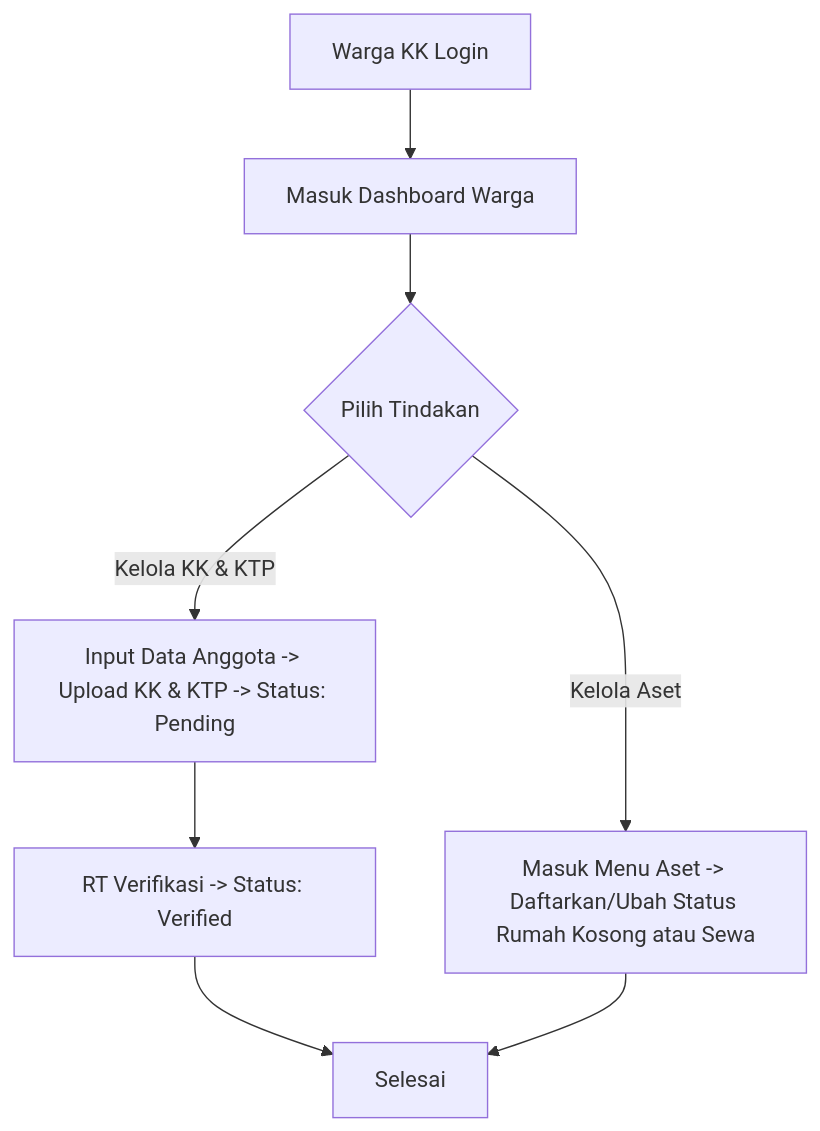
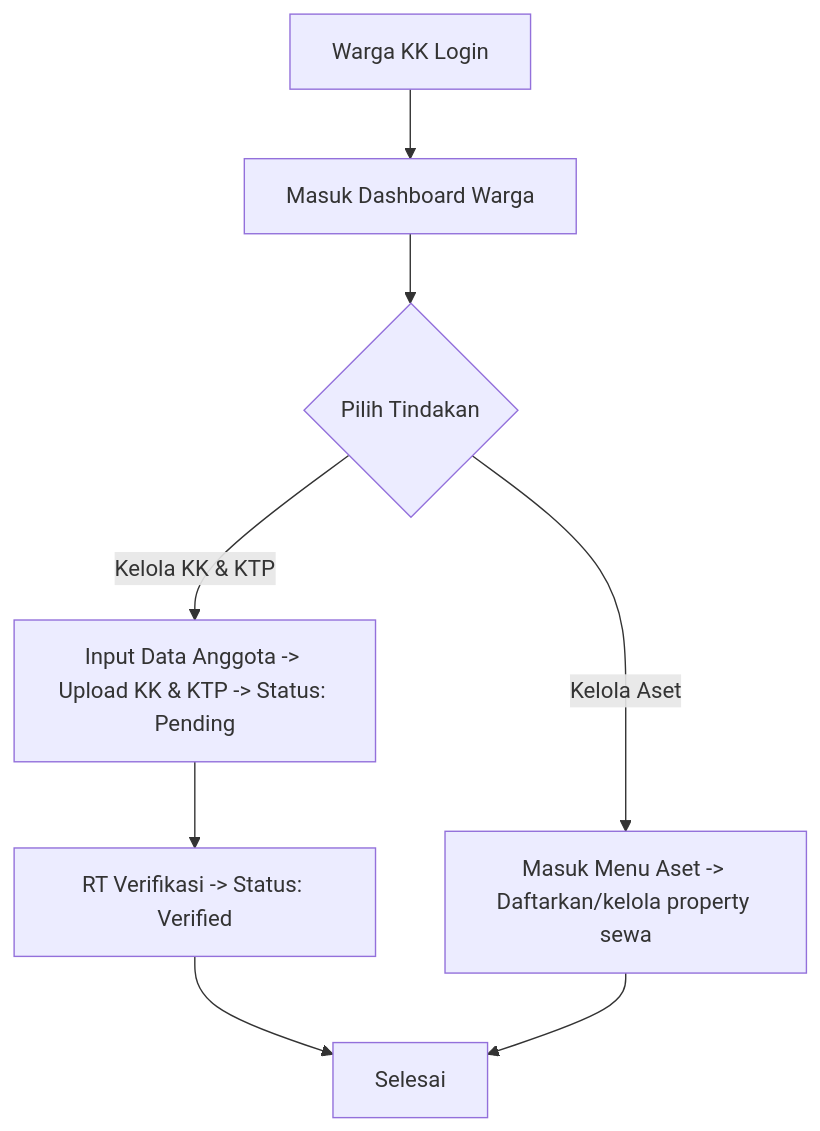
One commit to Araihan413/wargaku changed the first of 5 diagrams in docs/roles/warga.md. Above: the diagram before and after it, drawn with Mermaid. The commit also changed 17 other files, not shown here.

````diff
--- a/docs/roles/warga.md
+++ b/docs/roles/warga.md
@@ -141,12 +141,12 @@
 ```mermaid
 flowchart TD
     A[Warga KK Login] --> B[Masuk Dashboard Warga]
     B --> C{Pilih Tindakan}
     
     C -->|Kelola KK & KTP| D[Input Data Anggota -> Upload KK & KTP -> Status: Pending]
     D --> E[RT Verifikasi -> Status: Verified]
-    C -->|Kelola Aset| G[Masuk Menu Aset -> Daftarkan/Ubah Status Rumah Kosong atau Sewa]
+    C -->|Kelola Aset| G[Masuk Menu Aset -> Daftarkan/kelola property sewa]
     
     E --> H[Selesai]
     G --> H
 ```
````
